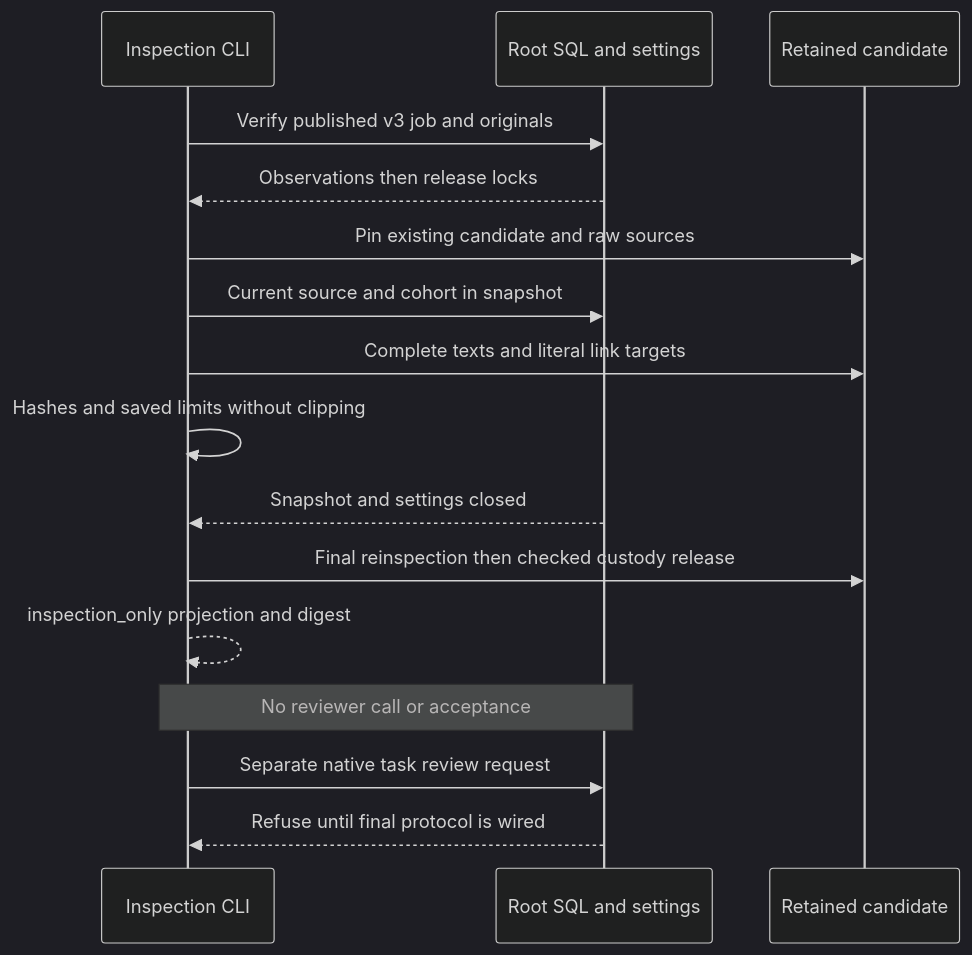
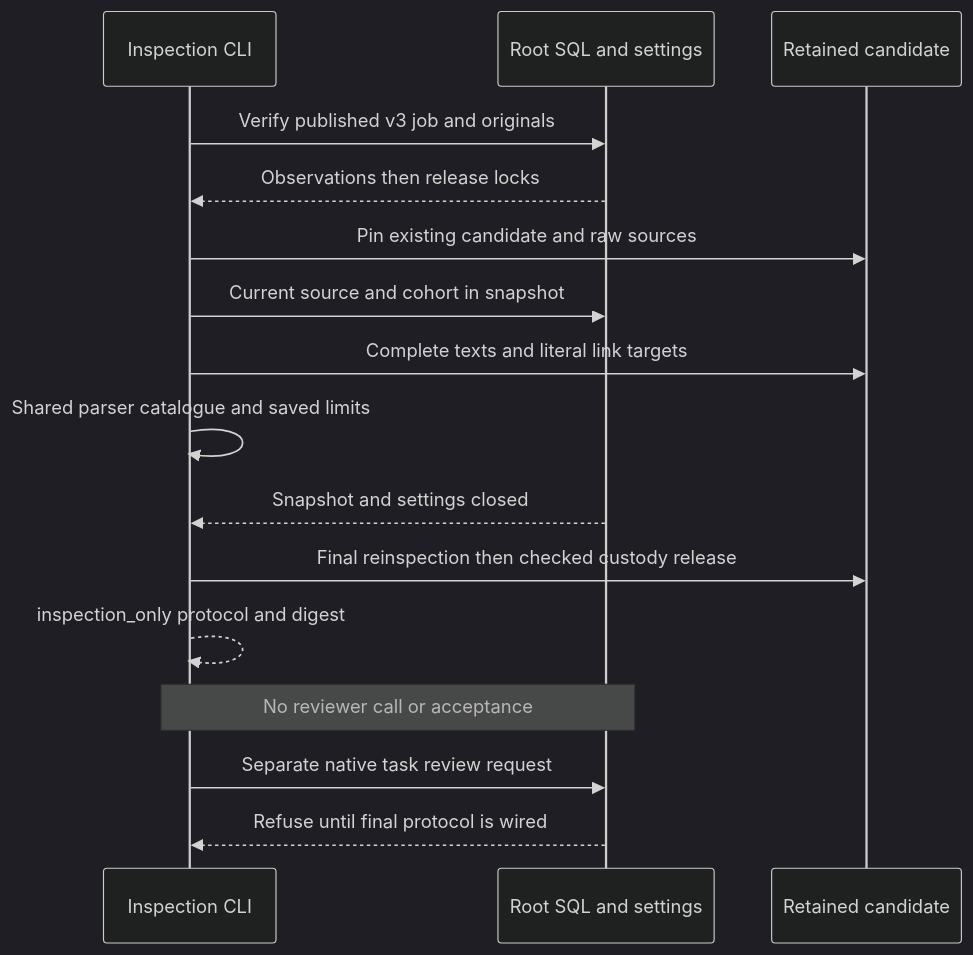
Before and after one commit to mo0ogly/swarm: diagram 13 of 13 in docs/en/NATIVE-REVIEWER.md, drawn with Mermaid (dark theme). The commit also changed other lines of this file and 17 other files, not shown here.

````diff
--- a/docs/en/NATIVE-REVIEWER.md
+++ b/docs/en/NATIVE-REVIEWER.md
@@ -832,18 +862,18 @@
 ```mermaid
 sequenceDiagram
     participant U as Inspection CLI
     participant R as Root SQL and settings
     participant C as Retained candidate
     U->>R: Verify published v3 job and originals
     R-->>U: Observations then release locks
     U->>C: Pin existing candidate and raw sources
     U->>R: Current source and cohort in snapshot
     U->>C: Complete texts and literal link targets
-    U->>U: Hashes and saved limits without clipping
+    U->>U: Shared parser catalogue and saved limits
     R-->>U: Snapshot and settings closed
     U->>C: Final reinspection then checked custody release
-    U-->>U: inspection_only projection and digest
+    U-->>U: inspection_only protocol and digest
     Note over U,R: No reviewer call or acceptance
     U->>R: Separate native task review request
     R-->>U: Refuse until final protocol is wired
 ```
````
